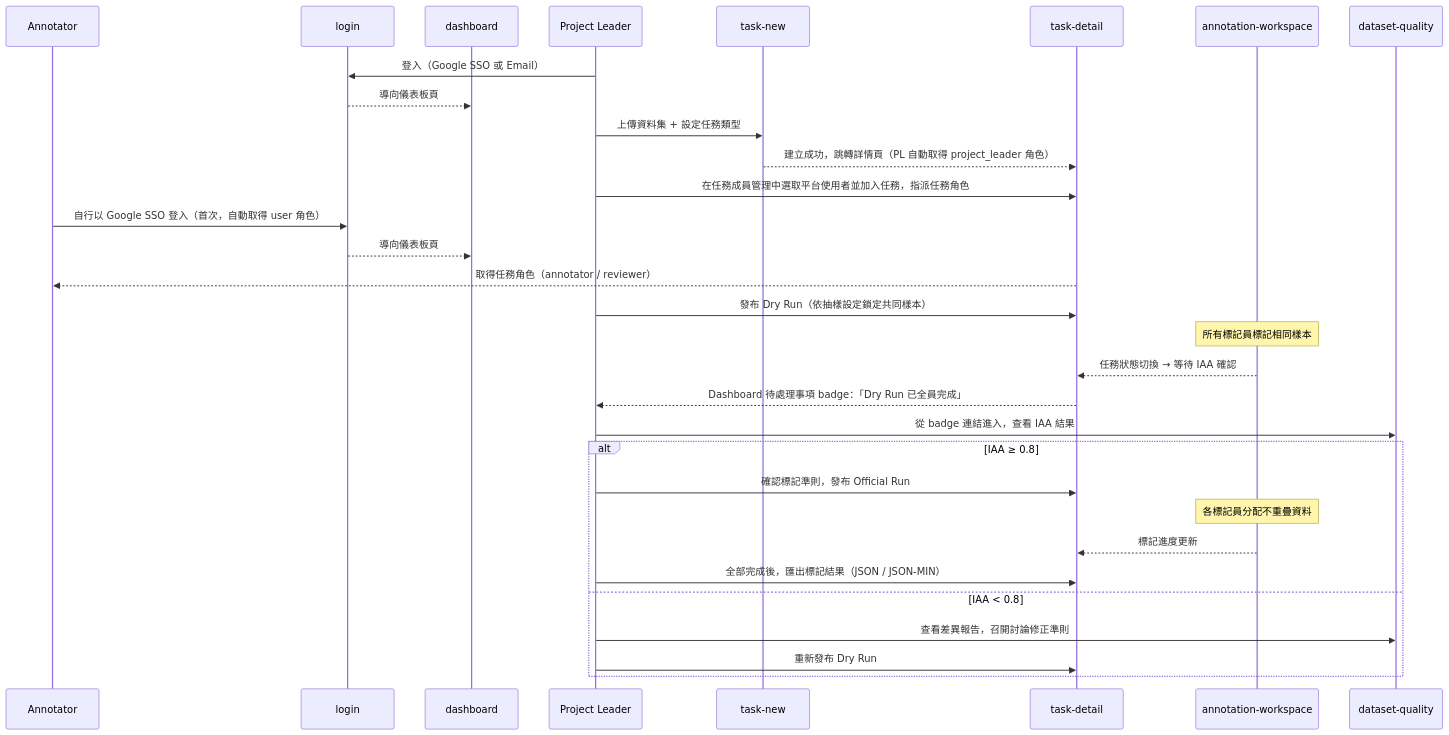
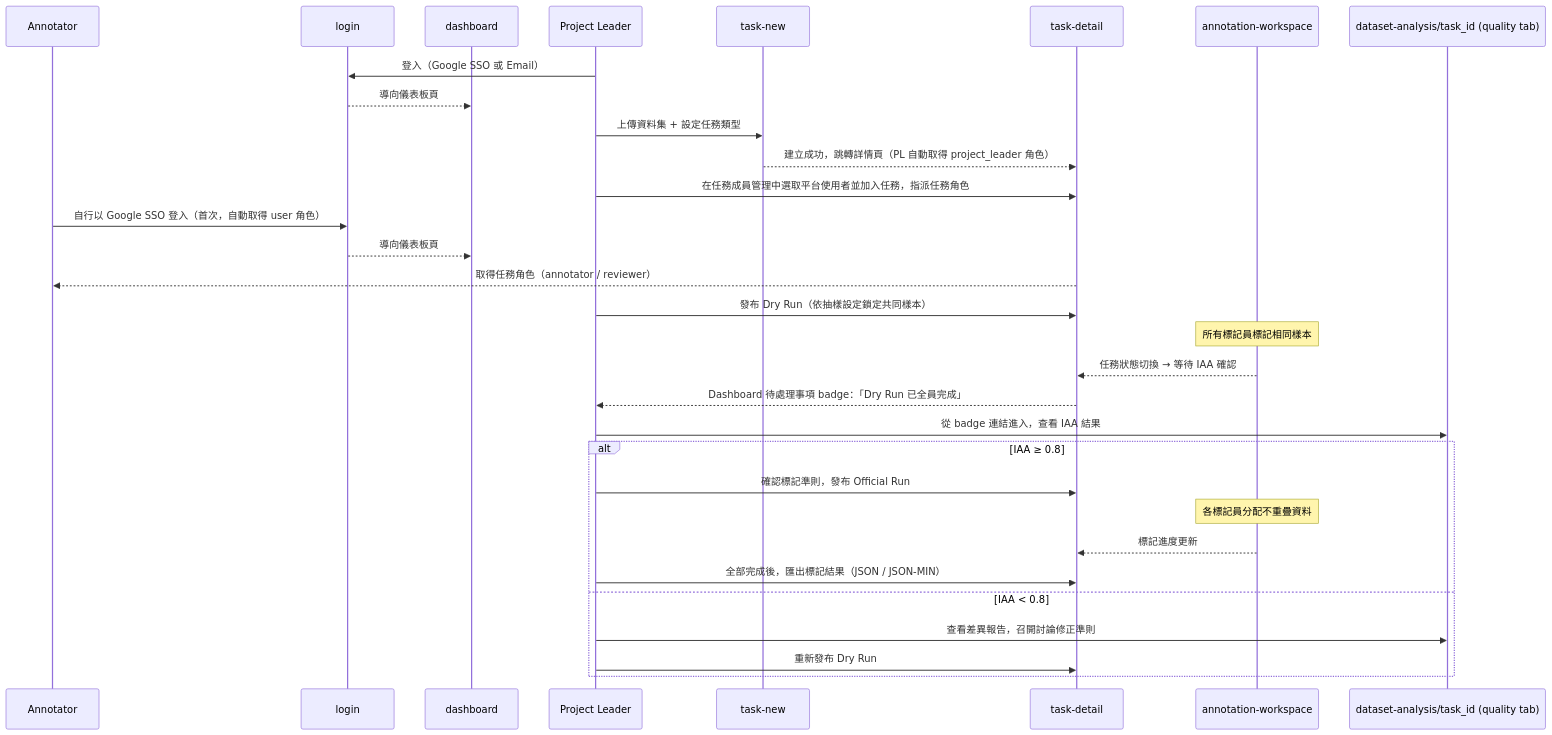
One commit to singyichen/label-suite changed the second of 5 diagrams in docs/product/ia/information-architecture.md. Above: the diagram before and after it, drawn with Mermaid. The commit also changed other lines of this file and 3 other files, not shown here.

Commit message:
docs: add dataset analysis specs

````diff
--- a/docs/product/ia/information-architecture.md
+++ b/docs/product/ia/information-architecture.md
@@ -457,34 +467,34 @@
 ```mermaid
 sequenceDiagram
   participant AN as Annotator
   participant LOGIN as login
   participant DASHBOARD as dashboard
   participant PL as Project Leader
   participant TN as task-new
   participant TD as task-detail
   participant AW as annotation-workspace
-  participant DQ as dataset-quality
+  participant DQ as dataset-analysis/task_id (quality tab)
 
   PL->>LOGIN: 登入（Google SSO 或 Email）
   LOGIN-->>DASHBOARD: 導向儀表板頁
   PL->>TN: 上傳資料集 + 設定任務類型
   TN-->>TD: 建立成功，跳轉詳情頁（PL 自動取得 project_leader 角色）
   PL->>TD: 在任務成員管理中選取平台使用者並加入任務，指派任務角色
   AN->>LOGIN: 自行以 Google SSO 登入（首次，自動取得 user 角色）
   LOGIN-->>DASHBOARD: 導向儀表板頁
   TD-->>AN: 取得任務角色（annotator / reviewer）
   PL->>TD: 發布 Dry Run（依抽樣設定鎖定共同樣本）
   Note over AW: 所有標記員標記相同樣本
   AW-->>TD: 任務狀態切換 → 等待 IAA 確認
   TD-->>PL: Dashboard 待處理事項 badge：「Dry Run 已全員完成」
   PL->>DQ: 從 badge 連結進入，查看 IAA 結果
   alt IAA ≥ 0.8
     PL->>TD: 確認標記準則，發布 Official Run
     Note over AW: 各標記員分配不重疊資料
     AW-->>TD: 標記進度更新
     PL->>TD: 全部完成後，匯出標記結果（JSON / JSON-MIN）
   else IAA < 0.8
     PL->>DQ: 查看差異報告，召開討論修正準則
     PL->>TD: 重新發布 Dry Run
   end
 ```
````
